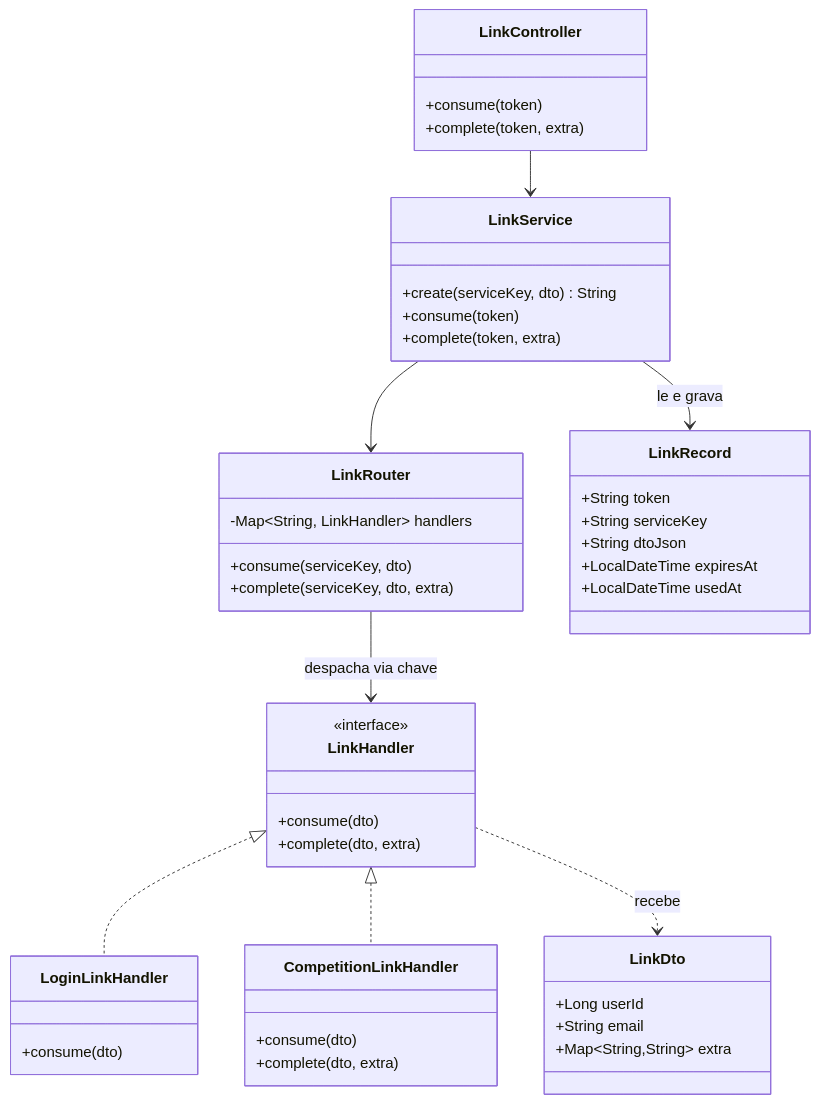
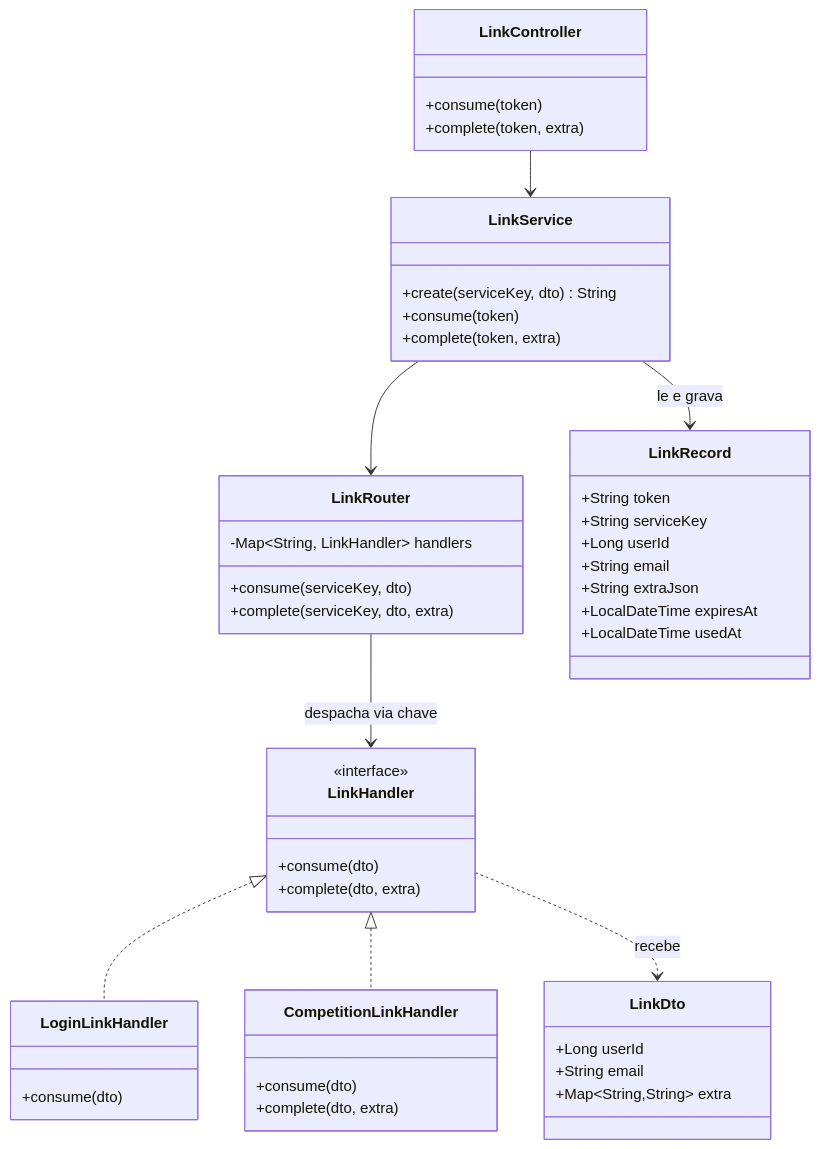
Before and after one commit to lalgarve/jogo-acoes: the second of 2 diagrams in specs/05-003-desacoplamento-login-link/spec.md, drawn with Mermaid. The commit also changed other lines of this file, not shown here.

Commit message:
docs: corrigir persistência do link para colunas userId/email na spec 05-003

````diff
--- a/specs/05-003-desacoplamento-login-link/spec.md
+++ b/specs/05-003-desacoplamento-login-link/spec.md
@@ -130,49 +132,51 @@
 ```mermaid
 classDiagram
     class LinkController {
         +consume(token)
         +complete(token, extra)
     }
     class LinkService {
         +create(serviceKey, dto) String
         +consume(token)
         +complete(token, extra)
     }
     class LinkRouter {
         -Map~String, LinkHandler~ handlers
         +consume(serviceKey, dto)
         +complete(serviceKey, dto, extra)
     }
     class LinkRecord {
         +String token
         +String serviceKey
-        +String dtoJson
+        +Long userId
+        +String email
+        +String extraJson
         +LocalDateTime expiresAt
         +LocalDateTime usedAt
     }
     class LinkHandler {
         <<interface>>
         +consume(dto)
         +complete(dto, extra)
     }
     class LinkDto {
         +Long userId
         +String email
         +Map~String,String~ extra
     }
     class LoginLinkHandler {
         +consume(dto)
     }
     class CompetitionLinkHandler {
         +consume(dto)
         +complete(dto, extra)
     }
 
     LinkController --> LinkService
     LinkService --> LinkRecord : le e grava
     LinkService --> LinkRouter
     LinkRouter --> LinkHandler : despacha via chave
     LinkHandler <|.. LoginLinkHandler
     LinkHandler <|.. CompetitionLinkHandler
     LinkHandler ..> LinkDto : recebe
 ```
````
